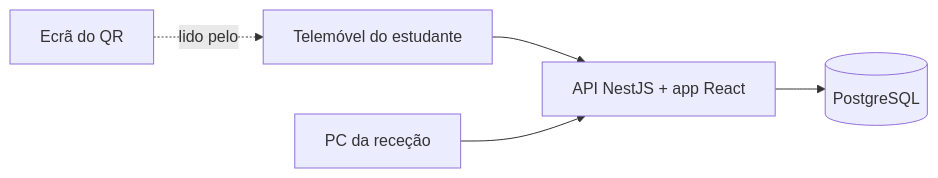
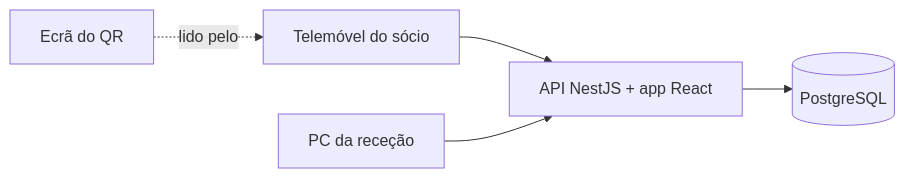
The diagram in README.pt.md (barrosw5/gym-checkin), drawn with Mermaid before and after one commit. The commit also changed other lines of this file and 45 other files, not shown here.

````diff
--- a/README.pt.md
+++ b/README.pt.md
@@ -43,7 +43,7 @@
 ```mermaid
 flowchart LR
-  phone["Telemóvel do estudante"] --> app
+  phone["Telemóvel do sócio"] --> app
   desk["PC da receção"] --> app
   screen["Ecrã do QR"] -. lido pelo .-> phone
   app["API NestJS + app React"] --> db[("PostgreSQL")]
 ```
````
